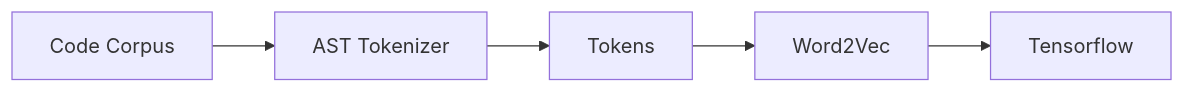
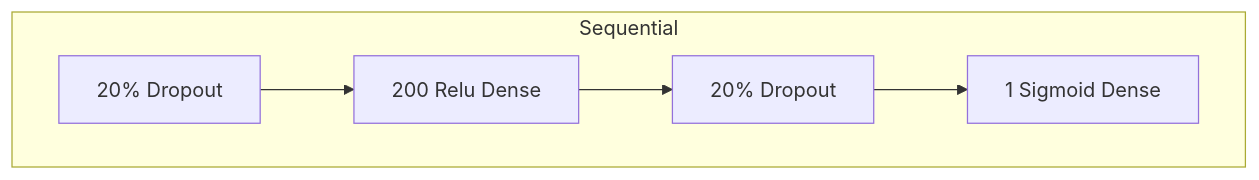
One commit to PurdueDualityLab/deepbugs-jr changed the fourth of 4 diagrams in README.md. Above: the diagram before and after it, drawn with Mermaid. The commit also changed other lines of this file, not shown here.

````diff
--- a/README.md
+++ b/README.md
@@ -38,7 +84,13 @@
 ```mermaid
-graph LR
-    code_corpus[Code Corpus] --> ast[AST Tokenizer]
-    ast --> tokens[Tokens]
-    tokens --> Word2Vec
-    Word2Vec --> Tensorflow
+graph TD
+    dropoutA[20% Dropout]
+    denseA[200 Relu Dense]
+    dropoutB[20% Dropout]
+    denseB[1 Sigmoid Dense]
+    
+    subgraph Sequential
+        dropoutA --> denseA
+        denseA --> dropoutB
+        dropoutB --> denseB
+    end
 ```
````
